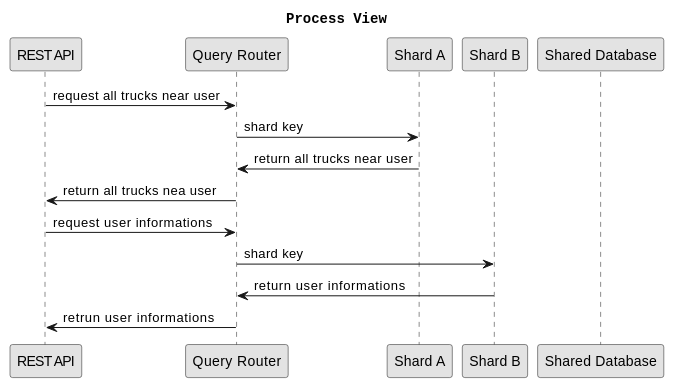
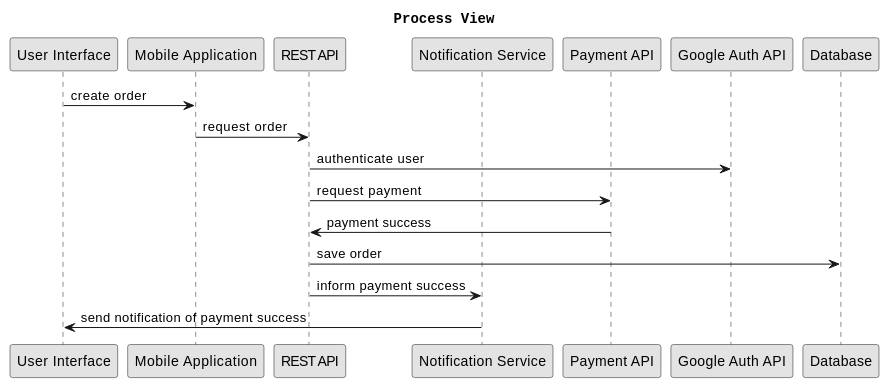
One commit to USI-MSDE-SA-2022/software-architecture-model-OttavioBuonomoUSI changed diagram 36 of 39 in src/sa/model/index.md. Above: the diagram before and after it, drawn with PlantUML. The commit also changed other lines of this file and 1 other file, not shown here.

````diff
--- a/src/sa/model/index.md
+++ b/src/sa/model/index.md
@@ -2158,26 +2319,27 @@
 ```puml
 @startuml
 title Process View
 
+participant "User Interface" as UI
+participant "Mobile Application" as MA
 participant "REST API" as RAPI
-participant "Query Router" as QR
-participant "Shard A" as SA
-participant "Shard B" as SB
-participant "Shared Database" as SDB
+participant "Notification Service" as NS
+participant "Payment API" as PA
+participant "Google Auth API" as GAA
+participant "Database" as DB
 
-RAPI -> QR : request all trucks near user
-QR -> SA : shard key
-SA -> QR : return all trucks near user
-QR -> RAPI : return all trucks nea user
-
-RAPI -> QR : request user informations
-QR -> SB : shard key
-SB -> QR : return user informations
-QR -> RAPI : retrun user informations
+UI -> MA : create order
+MA -> RAPI : request order
+RAPI -> GAA : authenticate user
+RAPI -> PA : request payment
+PA -> RAPI : payment success
+RAPI -> DB : save order
+RAPI -> NS : inform payment success
+NS -> UI : send notification of payment success
 
 
 skinparam monochrome true
 skinparam shadowing false
 skinparam defaultFontName Courier
 @enduml
 ```
````
